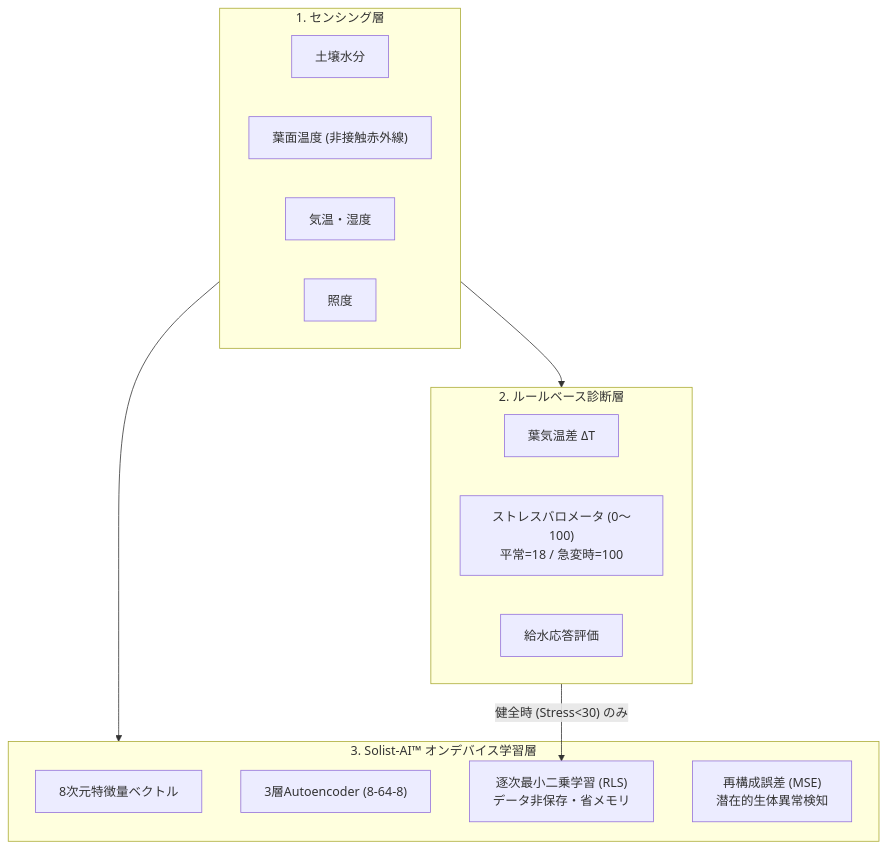
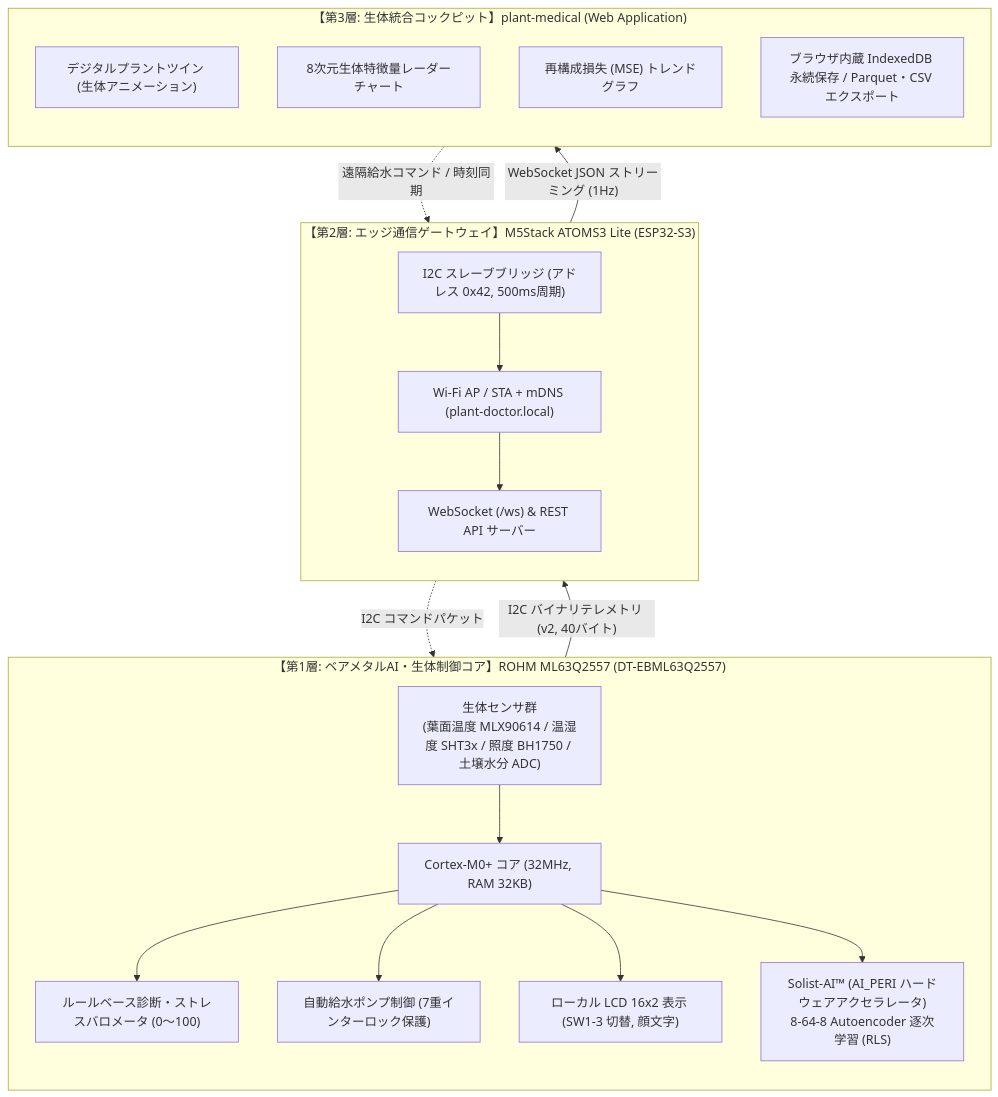
One commit to horned128/plant-doctor changed the second of 2 diagrams in docs/textbook/README.md. Above: the diagram before and after it, drawn with Mermaid. The commit also changed other lines of this file and 5 other files, not shown here.

````diff
--- a/docs/textbook/README.md
+++ b/docs/textbook/README.md
@@ -21,26 +33,32 @@
 ```mermaid
-graph TD
-    subgraph SENSING["1. センシング層"]
-        S1["土壌水分"]
-        S2["葉面温度 (非接触赤外線)"]
-        S3["気温・湿度"]
-        S4["照度"]
+flowchart TD
+    subgraph L1["【第1層: ベアメタルAI・生体制御コア】ROHM ML63Q2557 (DT-EBML63Q2557)"]
+        direction TB
+        SENS["生体センサ群<br/>(葉面温度 MLX90614 / 温湿度 SHT3x / 照度 BH1750 / 土壌水分 ADC)"] --> CORE["Cortex-M0+ コア (32MHz, RAM 32KB)"]
+        CORE --> STRESS["ルールベース診断・ストレスバロメータ (0〜100)"]
+        CORE --> PUMP["自動給水ポンプ制御 (7重インターロック保護)"]
+        CORE --> LCD["ローカル LCD 16x2 表示 (SW1-3 切替, 顔文字)"]
+        CORE --> SOLIST["Solist-AI™ (AI_PERI ハードウェアアクセラレータ)<br/>8-64-8 Autoencoder 逐次学習 (RLS)"]
     end
 
-    subgraph DIAGNOSTICS["2. ルールベース診断層"]
-        P1["葉気温差 ΔT"]
-        P2["ストレスバロメータ (0〜100)<br/>平常=18 / 急変時=100"]
-        P3["給水応答評価"]
+    subgraph L2["【第2層: エッジ通信ゲートウェイ】M5Stack ATOMS3 Lite (ESP32-S3)"]
+        direction TB
+        BRIDGE["I2C スレーブブリッジ (アドレス 0x42, 500ms周期)"]
+        WIFI["Wi-Fi AP / STA + mDNS (plant-doctor.local)"]
+        WS["WebSocket (/ws) & REST API サーバー"]
+        BRIDGE --> WIFI --> WS
     end
 
-    subgraph AI_PERI["3. Solist-AI™ オンデバイス学習層"]
-        A1["8次元特徴量ベクトル"]
-        A2["3層Autoencoder (8-64-8)"]
-        A3["逐次最小二乗学習 (RLS)<br/>データ非保存・省メモリ"]
-        A4["再構成誤差 (MSE)<br/>潜在的生体異常検知"]
+    subgraph L3["【第3層: 生体統合コックピット】plant-medical (Web Application)"]
+        direction TB
+        TWIN["デジタルプラントツイン (生体アニメーション)"]
+        RADAR["8次元生体特徴量レーダーチャート"]
+        LOSS["再構成損失 (MSE) トレンドグラフ"]
+        STORE["ブラウザ内蔵 IndexedDB 永続保存 / Parquet・CSV エクスポート"]
     end
 
-    SENSING --> DIAGNOSTICS
-    SENSING --> AI_PERI
-    DIAGNOSTICS -- "健全時 (Stress<30) のみ" --> A3
+    L1 -- "I2C バイナリテレメトリ (v2, 40バイト)" --> L2
+    L2 -- "WebSocket JSON ストリーミング (1Hz)" --> L3
+    L3 -. "遠隔給水コマンド / 時刻同期" .-> L2
+    L2 -. "I2C コマンドパケット" .-> L1
 ```
````
